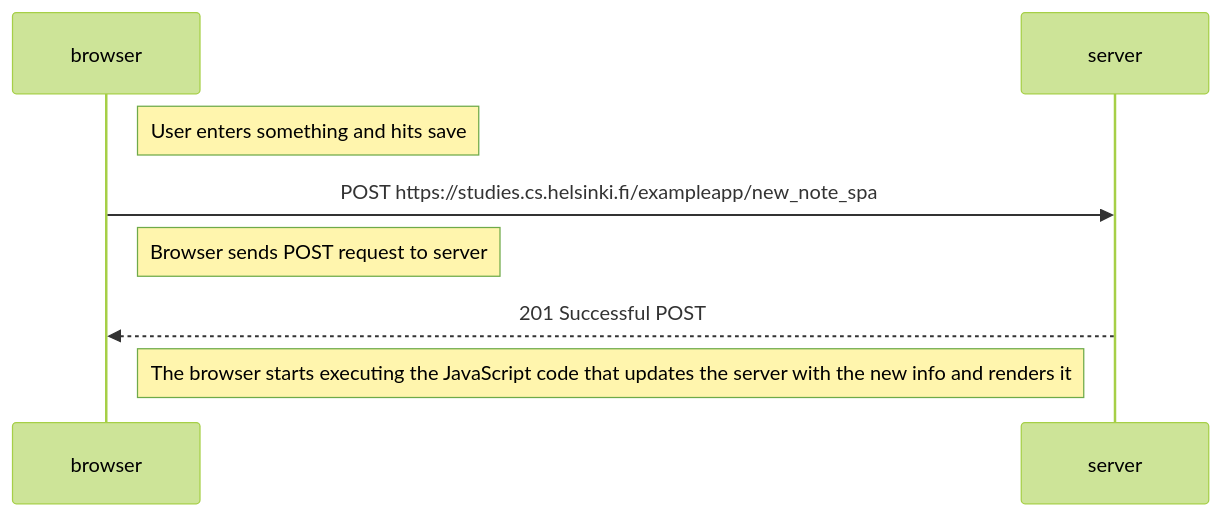
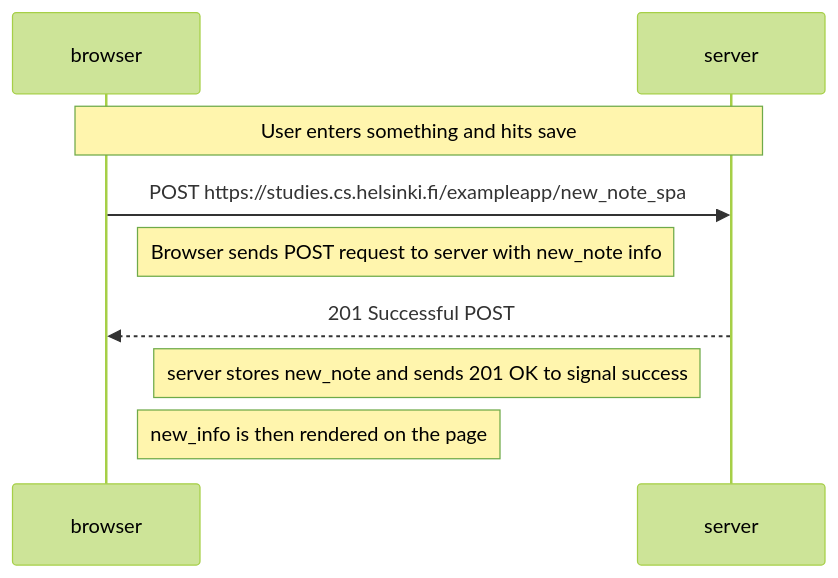
One commit to tcampbel22/full_stack_open changed the diagram in part0/0.6.md. Above: the diagram before and after it, drawn with Mermaid (forest theme). The commit also changed 2 other files, not shown here.

Commit message:
Small syntax changes

````diff
--- a/part0/0.6.md
+++ b/part0/0.6.md
@@ -1,14 +1,14 @@
 ```mermaid 
 sequenceDiagram
     participant browser
     participant server
 
-	note right of browser:  User enters something and hits save
+	note over browser, server:  User enters something and hits save
 
 	browser->>server: POST https://studies.cs.helsinki.fi/exampleapp/new_note_spa
-	note right of browser:  Browser sends POST request to server
+	note right of browser:  Browser sends POST request to server with new_note info
     
     server-->>browser: 201 Successful POST
-    Note right of browser: The browser starts executing the JavaScript code that  updates the server with the new info and renders it
-
+	note left of server: server stores new_note and sends 201 OK to signal success
+    note right of browser: new_info is then rendered on the page
 ```
````
